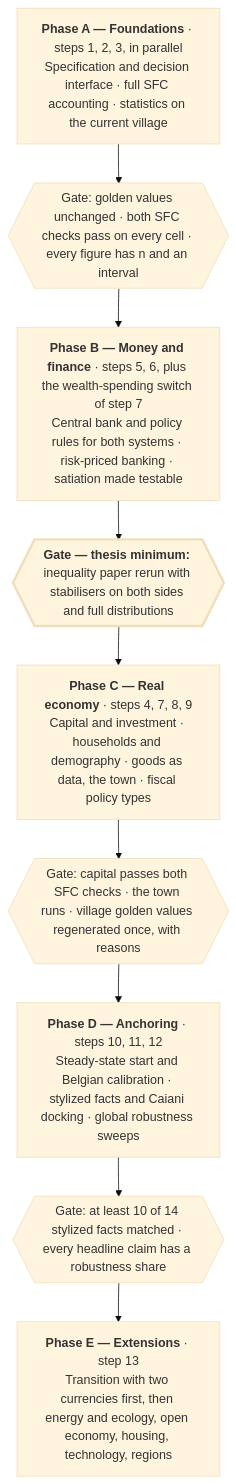
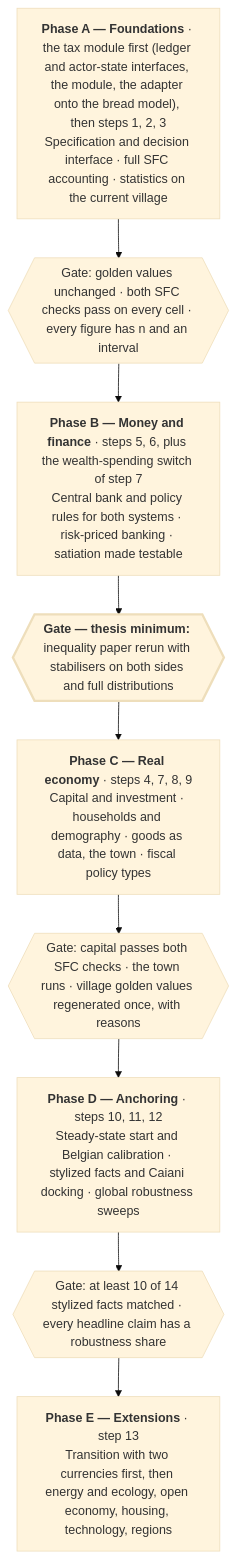
The second of 2 diagrams in docs/future_work/roadmap_macrosim_2026-10-18.md (HapponomyOrg/BreadEconomySim.jl), drawn with Mermaid (base theme) before and after one commit. The commit also changed other lines of this file and 1 other file, not shown here.

Commit message:
MODEL_VERSION = "2026-10-28.1"

````diff
--- a/docs/future_work/roadmap_macrosim_2026-10-18.md
+++ b/docs/future_work/roadmap_macrosim_2026-10-18.md
@@ -516,16 +518,16 @@
 ```mermaid
 flowchart TB
-    A["<b>Phase A — Foundations</b> · steps 1, 2, 3, in parallel<br/>Specification and decision interface · full SFC accounting · statistics on the current village"]
+    A["<b>Phase A — Foundations</b> · the tax module first (ledger and actor-state interfaces, the module, the adapter onto the bread model), then steps 1, 2, 3<br/>Specification and decision interface · full SFC accounting · statistics on the current village"]
     GA{{"Gate: golden values unchanged · both SFC checks pass on every cell · every figure has n and an interval"}}
     B["<b>Phase B — Money and finance</b> · steps 5, 6, plus the wealth-spending switch of step 7<br/>Central bank and policy rules for both systems · risk-priced banking · satiation made testable"]
     GB{{"<b>Gate — thesis minimum:</b> inequality paper rerun with stabilisers on both sides and full distributions"}}
     C["<b>Phase C — Real economy</b> · steps 4, 7, 8, 9<br/>Capital and investment · households and demography · goods as data, the town · fiscal policy types"]
     GC{{"Gate: capital passes both SFC checks · the town runs · village golden values regenerated once, with reasons"}}
     D["<b>Phase D — Anchoring</b> · steps 10, 11, 12<br/>Steady-state start and Belgian calibration · stylized facts and Caiani docking · global robustness sweeps"]
     GD{{"Gate: at least 10 of 14 stylized facts matched · every headline claim has a robustness share"}}
     E["<b>Phase E — Extensions</b> · step 13<br/>Transition with two currencies first, then energy and ecology, open economy, housing, technology, regions"]
 
     A --> GA --> B --> GB --> C --> GC --> D --> GD --> E
 
     style GB stroke-width:3px
 ```
````
